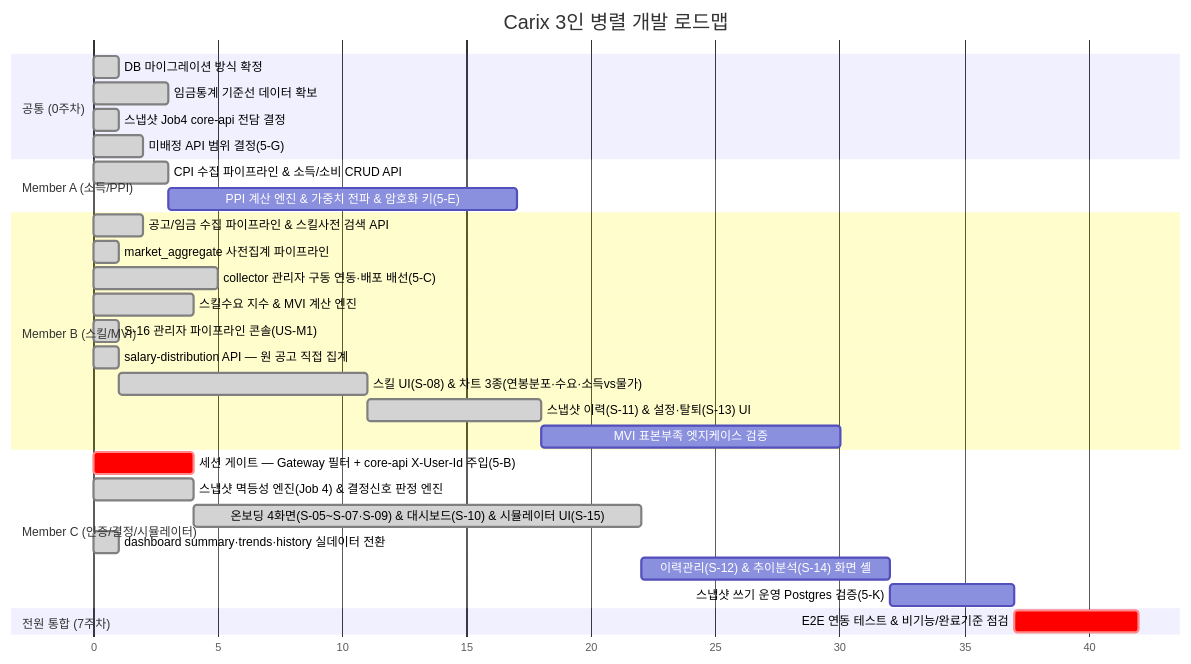
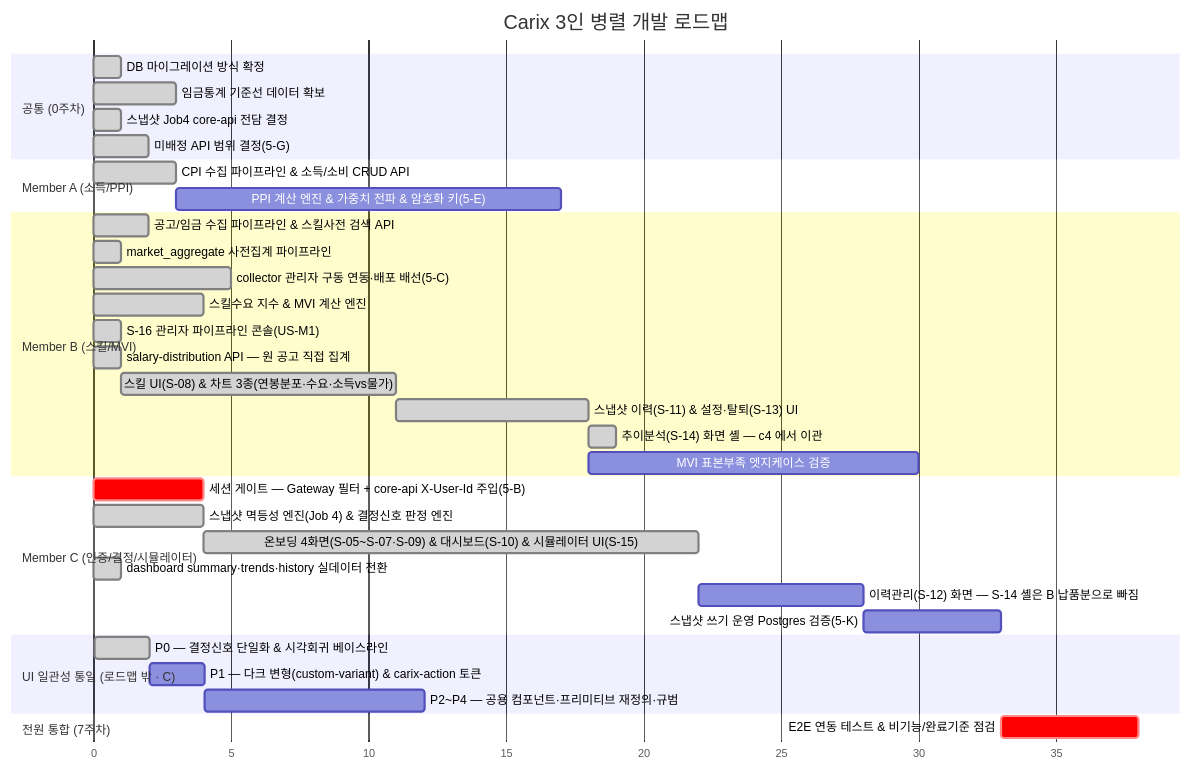
The first of 2 diagrams in docs/plans/carix-dev-plan.md (SeoHyeokGyu/Carix), drawn with Mermaid before and after one commit. The commit also changed other lines of this file and 1 other file, not shown here.

Commit message:
docs: UI 일관성 통일 축을 로드맵에 반영하고 S-14 셸 납품 주체를 정정한다 (#163)
UI 일관성 통일 축을 개발 계획서에 반영한다 — 선행 완료 표 2행, 간트 섹션 신설, 주차 표 갱신.

S-14 추이분석 화면 셸이 c4 에 C 잔여로 잡혀 있었으나 실제로는 B 가 PR #149 로 납품했다. 블록 분할 규칙대로 b4a 로 떼어내고 c4 를 S-12 만으로 줄인다.

ui-unification-plan.md 의 P2 는 SignalBadge 가 P0 에서 먼저 납품돼 4개에서 3개로 줄었다.

````diff
--- a/docs/plans/carix-dev-plan.md
+++ b/docs/plans/carix-dev-plan.md
@@ -108,33 +110,38 @@
 ```mermaid
 gantt
     title Carix 3인 병렬 개발 로드맵
     dateFormat X
     axisFormat %s
     section 공통 (0주차)
     DB 마이그레이션 방식 확정 :done, c0a, 0, 1s
     임금통계 기준선 데이터 확보 :done, a0, 3, 3s
     스냅샷 Job4 core-api 전담 결정 :done, i0, 7, 1s
     미배정 API 범위 결정(5-G) :done, c0, 7, 2s
     section Member A (소득/PPI)
     CPI 수집 파이프라인 & 소득/소비 CRUD API :done, a1, 12, 3s
     PPI 계산 엔진 & 가중치 전파 & 암호화 키(5-E) :a2, after a1, 14s
     section Member B (스킬/MVI)
     공고/임금 수집 파이프라인 & 스킬사전 검색 API :done, b1, 2, 2s
     market_aggregate 사전집계 파이프라인 :done, b2a, 3, 1s
     collector 관리자 구동 연동·배포 배선(5-C) :done, b0, 7, 5s
     스킬수요 지수 & MVI 계산 엔진 :done, b2, 8, 4s
     S-16 관리자 파이프라인 콘솔(US-M1) :done, b16, 14, 1s
     salary-distribution API — 원 공고 직접 집계 :done, b3a, 15, 1s
     스킬 UI(S-08) & 차트 3종(연봉분포·수요·소득vs물가) :done, b3, after b3a, 10s
     스냅샷 이력(S-11) & 설정·탈퇴(S-13) UI :done, b4, after b3, 7s
+    추이분석(S-14) 화면 셸 — c4 에서 이관 :done, b4a, after b4, 1s
     MVI 표본부족 엣지케이스 검증 :b5, after b4, 12s
     section Member C (인증/결정/시뮬레이터)
     세션 게이트 — Gateway 필터 + core-api X-User-Id 주입(5-B) :crit, c0b, 7, 4s
     스냅샷 멱등성 엔진(Job 4) & 결정신호 판정 엔진 :done, c2, 8, 4s
     온보딩 4화면(S-05~S-07·S-09) & 대시보드(S-10) & 시뮬레이터 UI(S-15) :done, c3, after c2, 18s
     dashboard summary·trends·history 실데이터 전환 :done, c4a, 15, 1s
-    이력관리(S-12) & 추이분석(S-14) 화면 셸 :c4, after c3, 10s
+    이력관리(S-12) 화면 — S-14 셸은 B 납품분으로 빠짐 :c4, after c3, 6s
     스냅샷 쓰기 운영 Postgres 검증(5-K) :c5, after c4, 5s
+    section UI 일관성 통일 (로드맵 밖 · C)
+    P0 — 결정신호 단일화 & 시각회귀 베이스라인 :done, ui0, 33, 2s
+    P1 — 다크 변형(custom-variant) & carix-action 토큰 :ui1, after ui0, 2s
+    P2~P4 — 공용 컴포넌트·프리미티브 재정의·규범 :ui2, after ui1, 8s
     section 전원 통합 (7주차)
     E2E 연동 테스트 & 비기능/완료기준 점검 :crit, e2e, after a2 b5 c5, 5s
 ```
````
